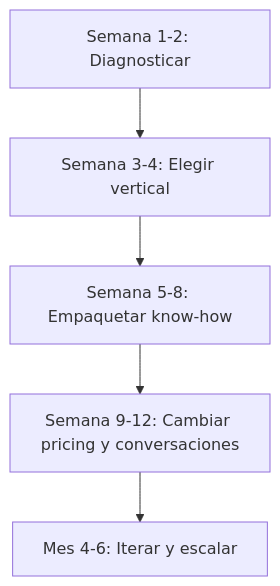
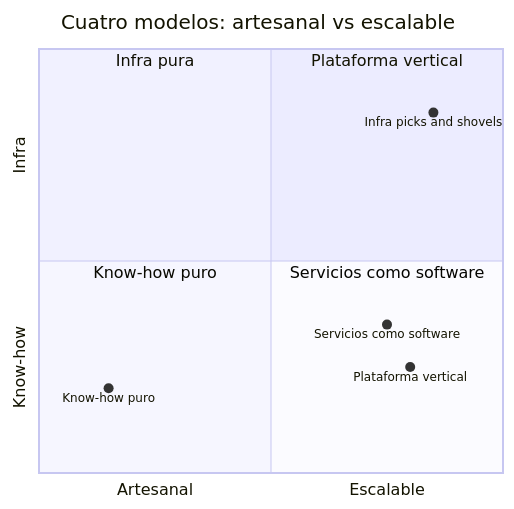
Before and after one commit to jeroroldan/jeronimo-blog: the fourth of 5 diagrams in src/content/blog/vende-infra-knowhow.md, drawn with Mermaid. The commit also changed other lines of this file, not shown here.

First line of the commit message:
refactor(blog): update "No vendas software, vendé infra y know-how" masterclass content

````diff
--- a/src/content/blog/vende-infra-knowhow.md
+++ b/src/content/blog/vende-infra-knowhow.md
@@ -195,7 +258,14 @@
 ```mermaid
-flowchart TD
-    A[Semana 1-2: Diagnosticar] --> B[Semana 3-4: Elegir vertical]
-    B --> C[Semana 5-8: Empaquetar know-how]
-    C --> D[Semana 9-12: Cambiar pricing y conversaciones]
-    D --> E[Mes 4-6: Iterar y escalar]
+quadrantChart
+    title Cuatro modelos: artesanal vs escalable
+    x-axis Artesanal --> Escalable
+    y-axis Know-how --> Infra
+    quadrant-1 Plataforma vertical
+    quadrant-2 Infra pura
+    quadrant-3 Know-how puro
+    quadrant-4 Servicios como software
+    Infra picks and shovels: [0.85, 0.85]
+    Plataforma vertical: [0.8, 0.25]
+    Know-how puro: [0.15, 0.2]
+    Servicios como software: [0.75, 0.35]
 ```
````
